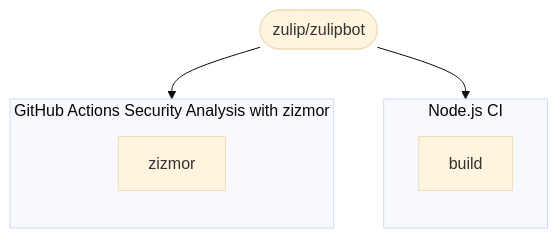
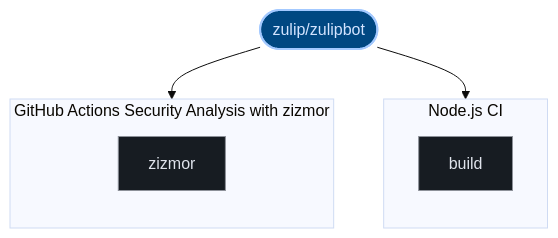
Before and after one commit to kumarshaz/atruss-code-atlas: the third of 3 diagrams in exports/latest/reports/zulip-zulipbot-report.md, drawn with Mermaid (base theme). The commit also changed other lines of this file and 331 other files, not shown here.

Commit message:
docs,ui,fix: update SDLC docs, reorder CI/CD DAG first, stylize Mermaid, and fix Arc42 pipeline topology

````diff
--- a/exports/latest/reports/zulip-zulipbot-report.md
+++ b/exports/latest/reports/zulip-zulipbot-report.md
@@ -119,14 +130,21 @@
 ```mermaid
 graph TD;
-  pipeline_root(["zulip/zulipbot"])
+  classDef atlasRoot fill:#004882,stroke:#a3c9ff,stroke-width:2px,color:#d3e4ff
+  classDef atlasCategory fill:#212428,stroke:#E87A48,stroke-width:1.5px,color:#dfe3eb
+  classDef atlasWorkflow fill:#1b2026,stroke:#a3c9ff,stroke-width:1.5px,color:#dfe3eb
+  classDef atlasJob fill:#171c22,stroke:#8d9199,stroke-width:1px,color:#dfe3eb
+  classDef atlasTarget fill:#005227,stroke:#8bd99b,stroke-width:1.5px,color:#a7f6b6
+  classDef atlasAlert fill:#93000a,stroke:#ffb4ab,stroke-width:1.5px,color:#ffdad6
+  classDef atlasMore fill:#252a31,stroke:#8d9199,stroke-dasharray:4 4,color:#c3c6cf
+  pipeline_root(["zulip/zulipbot"]):::atlasRoot
   subgraph Node_js_CI_0["Node.js CI"]
     direction TB
-    0_build["build"]
+    0_build["build"]:::atlasJob
   end
   pipeline_root --> 0_build
   subgraph GitHub_Actions_Security_Analysis_with_zizmor_1["GitHub Actions Security Analysis with zizmor"]
     direction TB
-    1_zizmor["zizmor"]
+    1_zizmor["zizmor"]:::atlasJob
   end
   pipeline_root --> 1_zizmor
 ```
````
